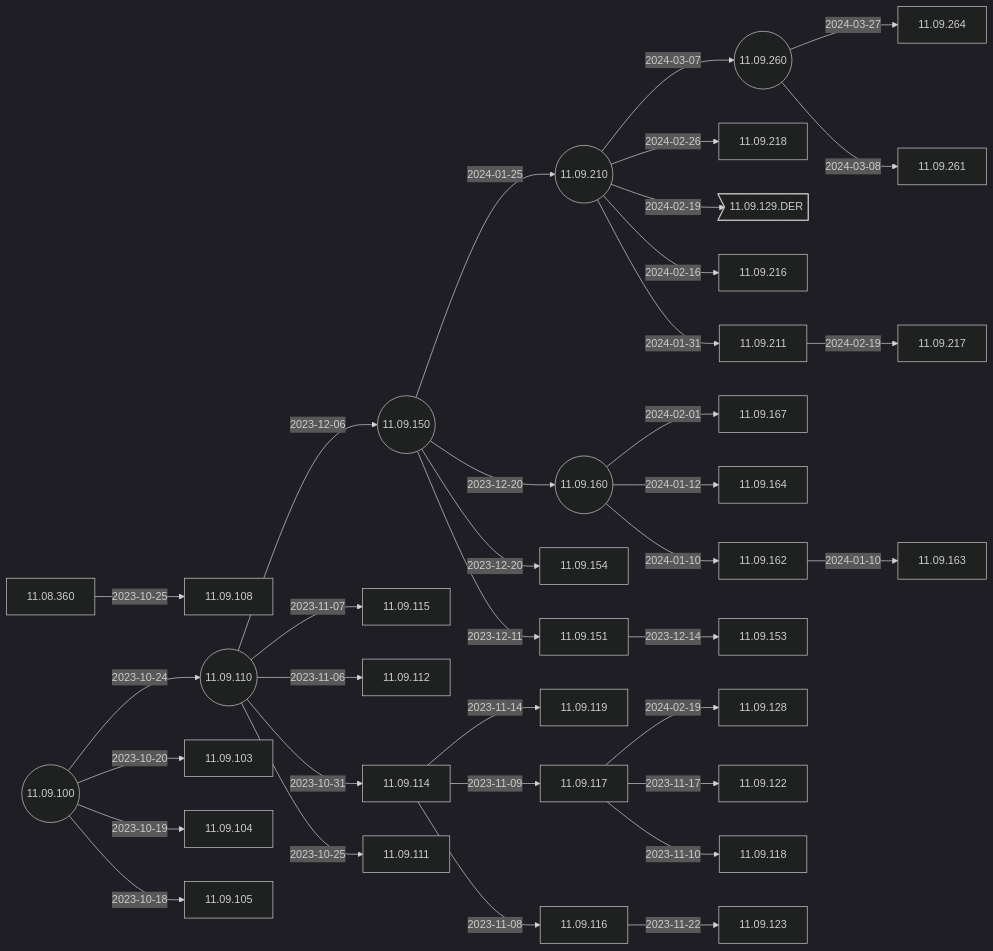
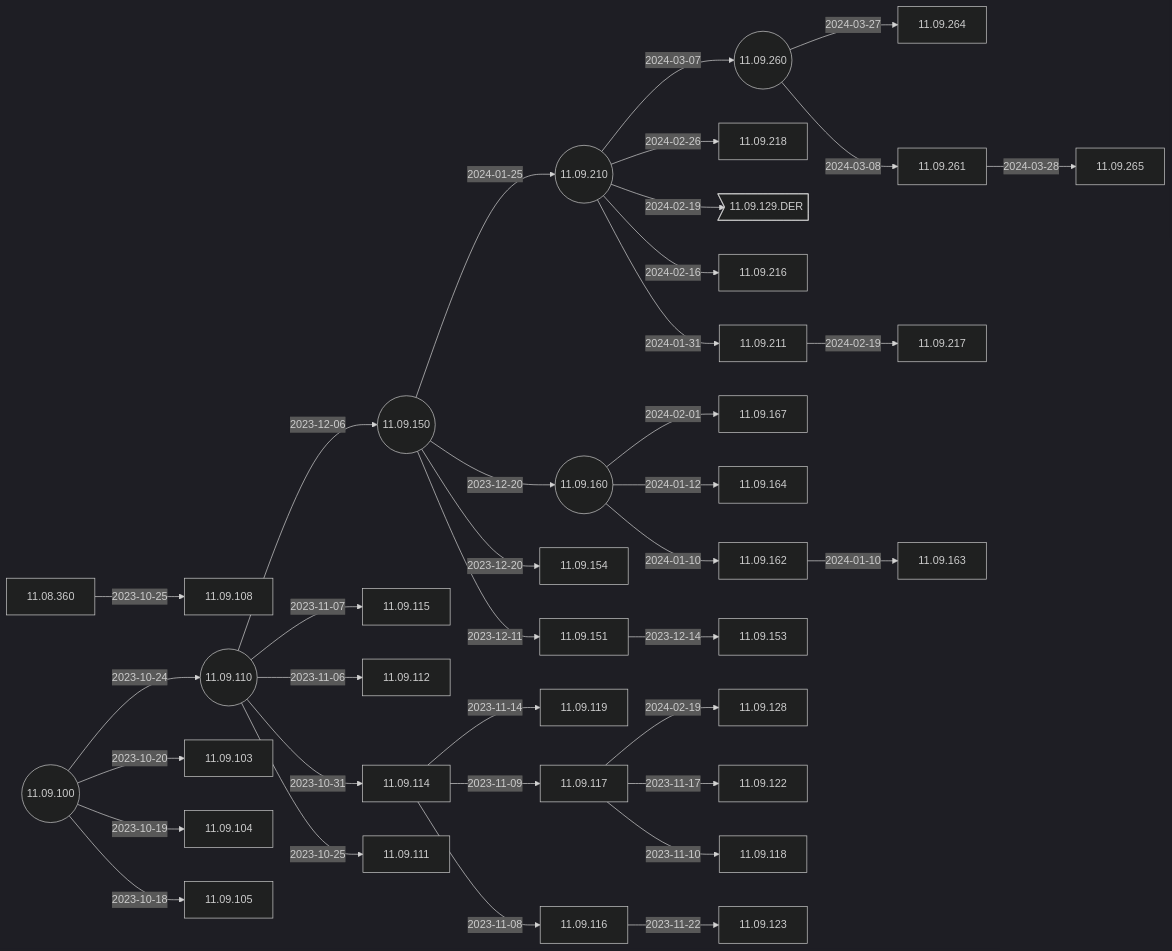
Before and after one commit to IGEL-Community/IGEL-Docs-v02: the second of 5 diagrams in docs/Docs/ReleaseNotes/01-OS11/README.md, drawn with Mermaid (dark theme). The commit also changed 2 other files, not shown here.

Commit message:
11.09.265 < 11.09.261

````diff
--- a/docs/Docs/ReleaseNotes/01-OS11/README.md
+++ b/docs/Docs/ReleaseNotes/01-OS11/README.md
@@ -41,73 +41,75 @@
 ```mermaid
 flowchart LR
+    11.09.261-- 2024-03-28 -->11.09.265
     11.09.260-- 2024-03-27 -->11.09.264
     11.09.260-- 2024-03-08 -->11.09.261
     11.09.210-- 2024-03-07 -->11.09.260((11.09.260))
     11.09.210-- 2024-02-26 -->11.09.218
     11.09.210-- 2024-02-19 -->11.09.129.DER>11.09.129.DER]
     11.09.211-- 2024-02-19 -->11.09.217
     11.09.117-- 2024-02-19 -->11.09.128
     11.09.210-- 2024-02-16 -->11.09.216
     11.09.160-- 2024-02-01 -->11.09.167
     11.09.210-- 2024-01-31 -->11.09.211
     11.09.150-- 2024-01-25 -->11.09.210((11.09.210))
     11.09.162-- 2024-01-10 -->11.09.163
     11.09.160-- 2024-01-12 -->11.09.164
     11.09.160-- 2024-01-10 -->11.09.162
     11.09.150-- 2023-12-20 -->11.09.160((11.09.160))
     11.09.150-- 2023-12-20 -->11.09.154
     11.09.151-- 2023-12-14 -->11.09.153
     11.09.150-- 2023-12-11 -->11.09.151
     11.09.110-- 2023-12-06 -->11.09.150((11.09.150))
     11.09.116-- 2023-11-22 -->11.09.123
     11.09.117-- 2023-11-17 -->11.09.122
     11.09.114-- 2023-11-14 -->11.09.119
     11.09.117-- 2023-11-10 -->11.09.118
     11.09.114-- 2023-11-09 -->11.09.117
     11.09.114-- 2023-11-08 -->11.09.116
     11.09.110-- 2023-11-07 -->11.09.115
     11.09.110-- 2023-11-06 -->11.09.112
     11.09.110-- 2023-10-31 -->11.09.114
     11.08.360-- 2023-10-25 -->11.09.108
     11.09.110-- 2023-10-25 -->11.09.111
     11.09.100-- 2023-10-24 -->11.09.110((11.09.110))
     11.09.100-- 2023-10-20 -->11.09.103
     11.09.100-- 2023-10-19 -->11.09.104
     11.09.100-- 2023-10-18 -->11.09.105
     11.09.100((11.09.100))
+    click 11.09.265 "https://github.com/IGEL-Community/IGEL-Docs-v02/tree/main/docs/Docs/ReleaseNotes/01-OS11/readme11.09.265.txt" _blank
     click 11.09.264 "https://github.com/IGEL-Community/IGEL-Docs-v02/tree/main/docs/Docs/ReleaseNotes/01-OS11/readme11.09.264.txt" _blank
     click 11.09.261 "https://github.com/IGEL-Community/IGEL-Docs-v02/tree/main/docs/Docs/ReleaseNotes/01-OS11/readme11.09.261.txt" _blank
     click 11.09.260 "https://github.com/IGEL-Community/IGEL-Docs-v02/tree/main/docs/Docs/ReleaseNotes/01-OS11/readme11.09.260.txt" _blank
     click 11.09.218 "https://github.com/IGEL-Community/IGEL-Docs-v02/tree/main/docs/Docs/ReleaseNotes/01-OS11/readme11.09.218.txt" _blank
     click 11.09.129.DER "https://github.com/IGEL-Community/IGEL-Docs-v02/tree/main/docs/Docs/ReleaseNotes/01-OS11/readme11.09.129.DER.txt" _blank
     click 11.09.217 "https://github.com/IGEL-Community/IGEL-Docs-v02/tree/main/docs/Docs/ReleaseNotes/01-OS11/readme11.09.217.txt" _blank
     click 11.09.128 "https://github.com/IGEL-Community/IGEL-Docs-v02/tree/main/docs/Docs/ReleaseNotes/01-OS11/readme11.09.128.txt" _blank
     click 11.09.216 "https://github.com/IGEL-Community/IGEL-Docs-v02/tree/main/docs/Docs/ReleaseNotes/01-OS11/readme11.09.216.txt" _blank
     click 11.09.167 "https://github.com/IGEL-Community/IGEL-Docs-v02/tree/main/docs/Docs/ReleaseNotes/01-OS11/readme11.09.167.txt" _blank
     click 11.09.211 "https://github.com/IGEL-Community/IGEL-Docs-v02/tree/main/docs/Docs/ReleaseNotes/01-OS11/readme11.09.211.txt" _blank
     click 11.09.210 "https://github.com/IGEL-Community/IGEL-Docs-v02/tree/main/docs/Docs/ReleaseNotes/01-OS11/readme11.09.210.txt" _blank
     click 11.09.163 "https://github.com/IGEL-Community/IGEL-Docs-v02/tree/main/docs/Docs/ReleaseNotes/01-OS11/readme11.09.163.txt" _blank
     click 11.09.164 "https://github.com/IGEL-Community/IGEL-Docs-v02/tree/main/docs/Docs/ReleaseNotes/01-OS11/readme11.09.164.txt" _blank
     click 11.09.162 "https://github.com/IGEL-Community/IGEL-Docs-v02/tree/main/docs/Docs/ReleaseNotes/01-OS11/readme11.09.162.txt" _blank
     click 11.09.160 "https://github.com/IGEL-Community/IGEL-Docs-v02/tree/main/docs/Docs/ReleaseNotes/01-OS11/readme11.09.160.txt" _blank
     click 11.09.154 "https://github.com/IGEL-Community/IGEL-Docs-v02/tree/main/docs/Docs/ReleaseNotes/01-OS11/readme11.09.154.txt" _blank
     click 11.09.153 "https://github.com/IGEL-Community/IGEL-Docs-v02/tree/main/docs/Docs/ReleaseNotes/01-OS11/readme11.09.153.txt" _blank
     click 11.09.151 "https://github.com/IGEL-Community/IGEL-Docs-v02/tree/main/docs/Docs/ReleaseNotes/01-OS11/readme11.09.151.txt" _blank
     click 11.09.150 "https://github.com/IGEL-Community/IGEL-Docs-v02/tree/main/docs/Docs/ReleaseNotes/01-OS11/readme11.09.150.txt" _blank
     click 11.09.123 "https://github.com/IGEL-Community/IGEL-Docs-v02/tree/main/docs/Docs/ReleaseNotes/01-OS11/readme11.09.123.txt" _blank
     click 11.09.122 "https://github.com/IGEL-Community/IGEL-Docs-v02/tree/main/docs/Docs/ReleaseNotes/01-OS11/readme11.09.122.txt" _blank
     click 11.09.119 "https://github.com/IGEL-Community/IGEL-Docs-v02/tree/main/docs/Docs/ReleaseNotes/01-OS11/readme11.09.119.txt" _blank
     click 11.09.118 "https://github.com/IGEL-Community/IGEL-Docs-v02/tree/main/docs/Docs/ReleaseNotes/01-OS11/readme11.09.118.txt" _blank
     click 11.09.117 "https://github.com/IGEL-Community/IGEL-Docs-v02/tree/main/docs/Docs/ReleaseNotes/01-OS11/readme11.09.117.txt" _blank
     click 11.09.116 "https://github.com/IGEL-Community/IGEL-Docs-v02/tree/main/docs/Docs/ReleaseNotes/01-OS11/readme11.09.116.txt" _blank
     click 11.09.115 "https://github.com/IGEL-Community/IGEL-Docs-v02/tree/main/docs/Docs/ReleaseNotes/01-OS11/readme11.09.115.txt" _blank
     click 11.09.112 "https://github.com/IGEL-Community/IGEL-Docs-v02/tree/main/docs/Docs/ReleaseNotes/01-OS11/readme11.09.112.txt" _blank
     click 11.09.114 "https://github.com/IGEL-Community/IGEL-Docs-v02/tree/main/docs/Docs/ReleaseNotes/01-OS11/readme11.09.114.txt" _blank
     click 11.09.108 "https://github.com/IGEL-Community/IGEL-Docs-v02/tree/main/docs/Docs/ReleaseNotes/01-OS11/readme11.09.108.txt" _blank
     click 11.09.111 "https://github.com/IGEL-Community/IGEL-Docs-v02/tree/main/docs/Docs/ReleaseNotes/01-OS11/readme11.09.111.txt" _blank
     click 11.09.110 "https://github.com/IGEL-Community/IGEL-Docs-v02/tree/main/docs/Docs/ReleaseNotes/01-OS11/readme11.09.110.txt" _blank
     click 11.09.103 "https://github.com/IGEL-Community/IGEL-Docs-v02/tree/main/docs/Docs/ReleaseNotes/01-OS11/readme11.09.103.txt" _blank
     click 11.09.104 "https://github.com/IGEL-Community/IGEL-Docs-v02/tree/main/docs/Docs/ReleaseNotes/01-OS11/readme11.09.104.txt" _blank
     click 11.09.105 "https://github.com/IGEL-Community/IGEL-Docs-v02/tree/main/docs/Docs/ReleaseNotes/01-OS11/readme11.09.105.txt" _blank
     click 11.09.100 "https://github.com/IGEL-Community/IGEL-Docs-v02/tree/main/docs/Docs/ReleaseNotes/01-OS11/readme11.09.100.txt" _blank
 ```
````
